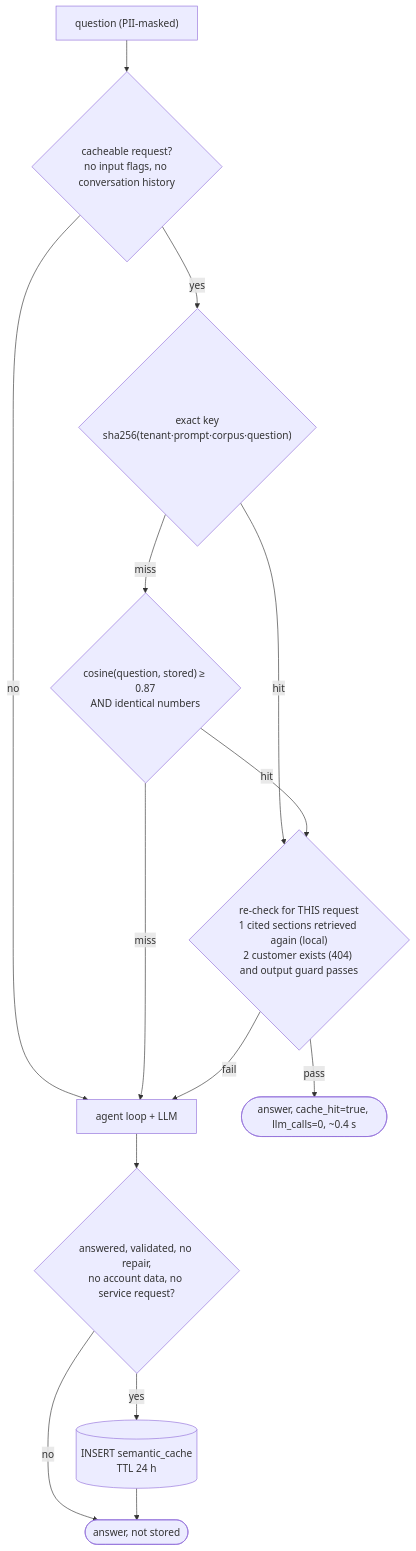
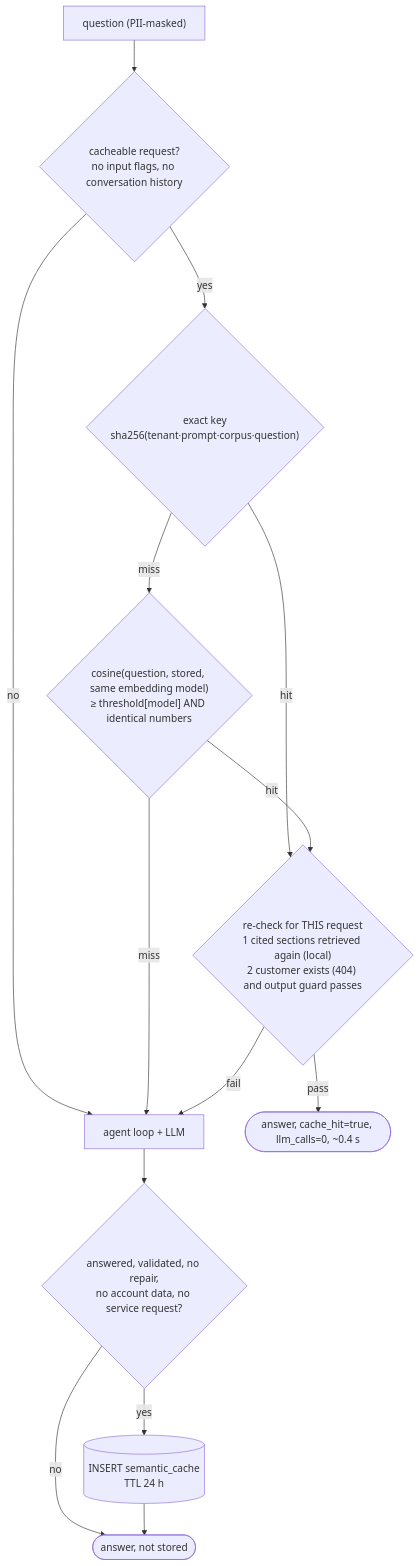
Before and after one commit to annu8932091318/Grounded-Card-RAG: the seventh of 7 diagrams in docs/ARCHITECTURE.md, drawn with Mermaid. The commit also changed other lines of this file and 38 other files, not shown here.

````diff
--- a/docs/ARCHITECTURE.md
+++ b/docs/ARCHITECTURE.md
@@ -240,17 +263,17 @@
 ```mermaid
 flowchart TD
     q["question (PII-masked)"] --> el{"cacheable request?<br/>no input flags, no conversation history"}
     el -->|no| llm
     el -->|yes| ex{"exact key<br/>sha256(tenant·prompt·corpus·question)"}
     ex -->|hit| chk
-    ex -->|miss| sem{"cosine(question, stored) ≥ 0.87<br/>AND identical numbers"}
+    ex -->|miss| sem{"cosine(question, stored, same embedding model)<br/>≥ threshold[model] AND identical numbers"}
     sem -->|hit| chk
     sem -->|miss| llm["agent loop + LLM"]
     chk{"re-check for THIS request<br/>1 cited sections retrieved again (local)<br/>2 customer exists (404) and output guard passes"}
     chk -->|pass| ans(["answer, cache_hit=true, llm_calls=0, ~0.4 s"])
     chk -->|fail| llm
     llm --> v{"answered, validated, no repair,<br/>no account data, no service request?"}
     v -->|yes| store[("INSERT semantic_cache<br/>TTL 24 h")]
     v -->|no| done(["answer, not stored"])
     store --> done
 ```
````
